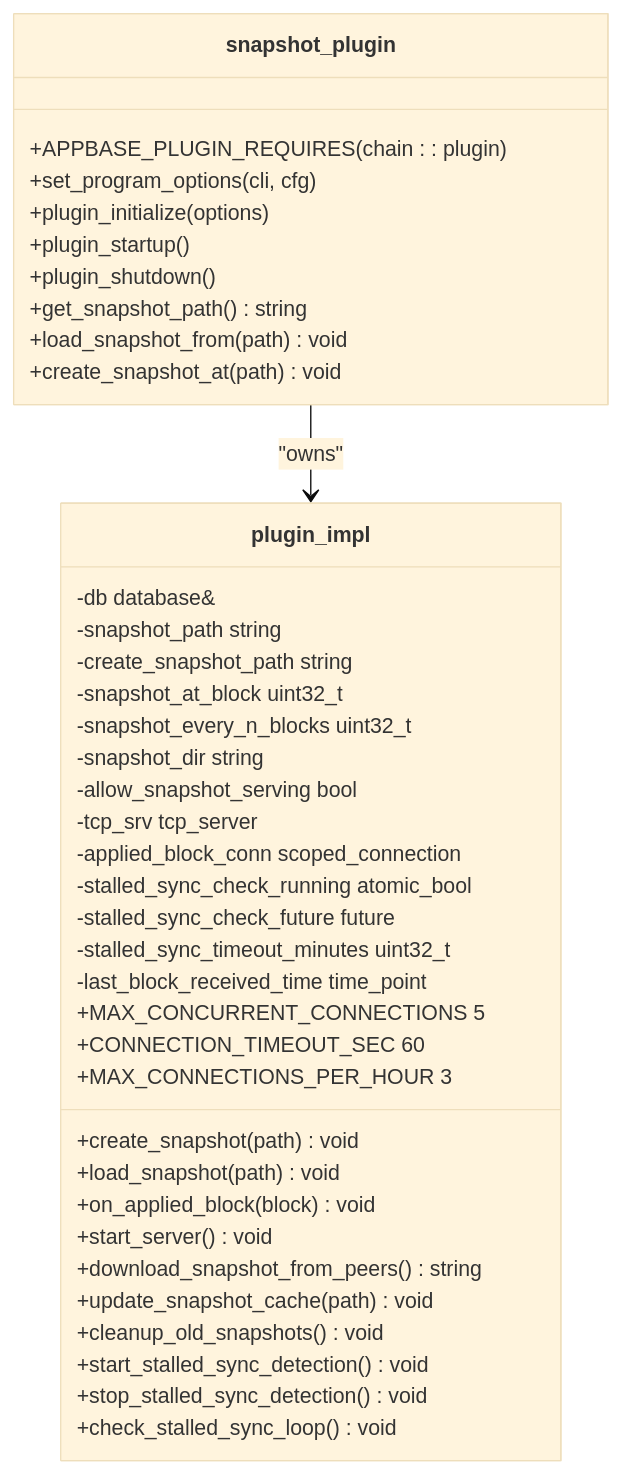
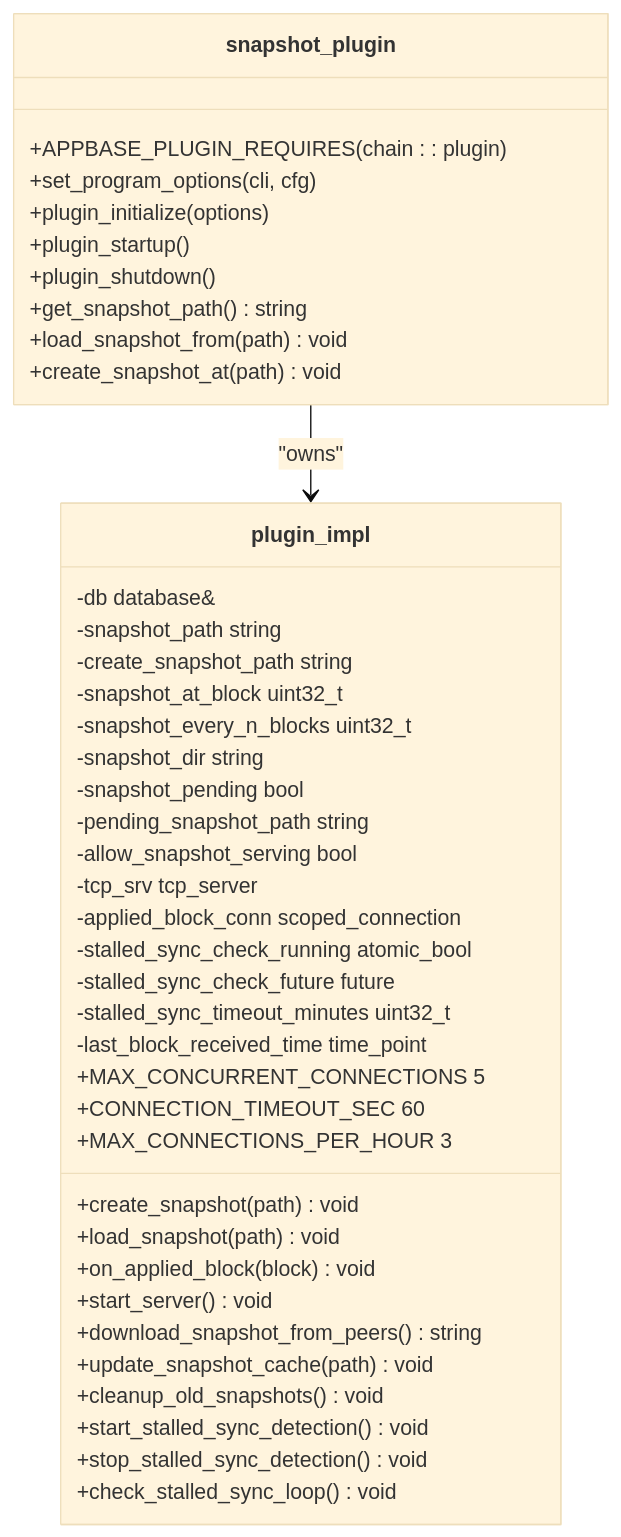
Before and after one commit to VIZ-Blockchain/viz-cpp-node: the third of 34 diagrams in .qoder/repowiki/en/content/Plugin System/Snapshot Plugin System.md, drawn with Mermaid (base theme). The commit also changed other lines of this file and 2 other files, not shown here.

First line of the commit message:
docs(snapshot): add witness-aware snapshot deferral to prevent block production interruption

````diff
--- a/.qoder/repowiki/en/content/Plugin System/Snapshot Plugin System.md
+++ b/.qoder/repowiki/en/content/Plugin System/Snapshot Plugin System.md
@@ -223,42 +225,44 @@
 ```mermaid
 classDiagram
 class snapshot_plugin {
 +APPBASE_PLUGIN_REQUIRES(chain : : plugin)
 +set_program_options(cli, cfg)
 +plugin_initialize(options)
 +plugin_startup()
 +plugin_shutdown()
 +get_snapshot_path() string
 +load_snapshot_from(path) void
 +create_snapshot_at(path) void
 }
 class plugin_impl {
 -db database&
 -snapshot_path string
 -create_snapshot_path string
 -snapshot_at_block uint32_t
 -snapshot_every_n_blocks uint32_t
 -snapshot_dir string
+-snapshot_pending bool
+-pending_snapshot_path string
 -allow_snapshot_serving bool
 -tcp_srv tcp_server
 -applied_block_conn scoped_connection
 -stalled_sync_check_running atomic_bool
 -stalled_sync_check_future future
 -stalled_sync_timeout_minutes uint32_t
 -last_block_received_time time_point
 +create_snapshot(path) void
 +load_snapshot(path) void
 +on_applied_block(block) void
 +start_server() void
 +download_snapshot_from_peers() string
 +update_snapshot_cache(path) void
 +cleanup_old_snapshots() void
 +start_stalled_sync_detection() void
 +stop_stalled_sync_detection() void
 +check_stalled_sync_loop() void
 +MAX_CONCURRENT_CONNECTIONS 5
 +CONNECTION_TIMEOUT_SEC 60
 +MAX_CONNECTIONS_PER_HOUR 3
 }
 snapshot_plugin --> plugin_impl : "owns"
 ```
````
